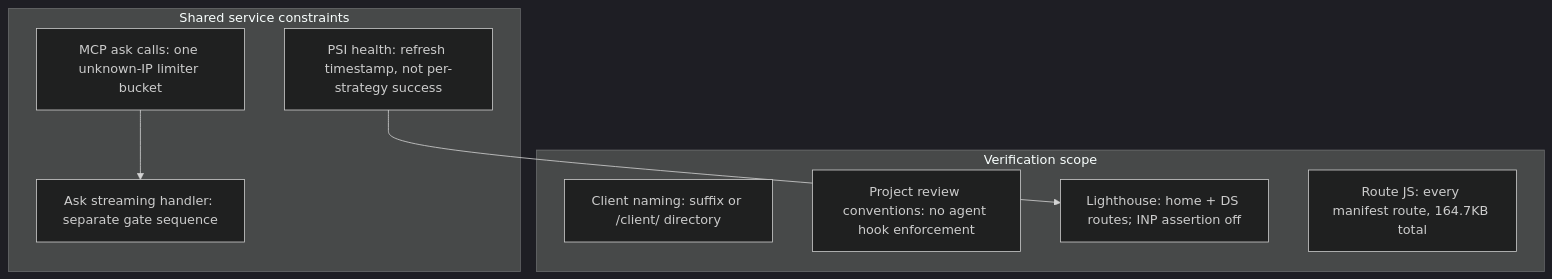
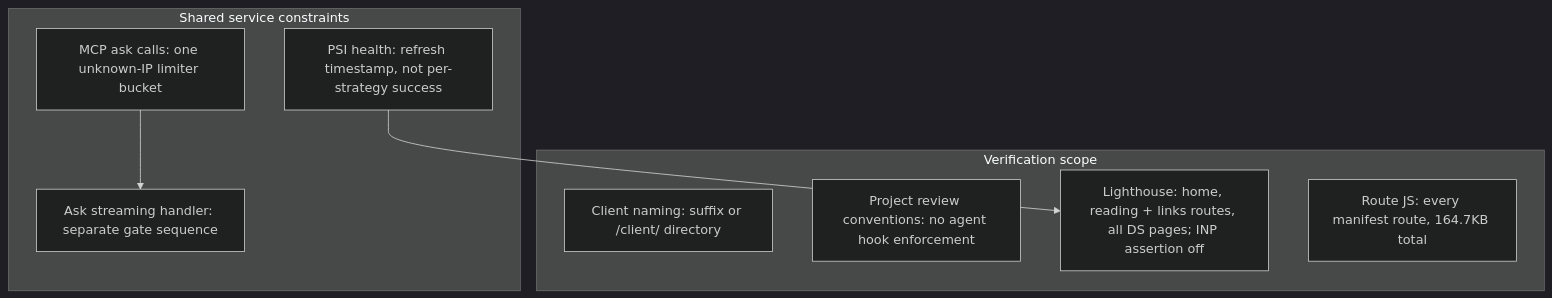
The diagram in docs/10-findings-and-debt.md (erikunha/portfolio), drawn with Mermaid (dark theme) before and after one commit. The commit also changed other lines of this file and 26 other files, not shown here.

First line of the commit message:
docs(sync): re-sync docs and mermaid diagrams to the redesigned chrome

````diff
--- a/docs/10-findings-and-debt.md
+++ b/docs/10-findings-and-debt.md
@@ -39,16 +39,16 @@
 ```mermaid
 flowchart TD
     subgraph shared["Shared service constraints"]
         mcp["MCP ask calls: one unknown-IP limiter bucket"]
         ask["Ask streaming handler: separate gate sequence"]
         psi["PSI health: refresh timestamp, not per-strategy success"]
     end
     subgraph coverage["Verification scope"]
         naming["Client naming: suffix or /client/ directory"]
         hooks["Project review conventions: no agent hook enforcement"]
-        perf["Lighthouse: home + DS routes; INP assertion off"]
+        perf["Lighthouse: home, reading + links routes, all DS pages; INP assertion off"]
         js["Route JS: every manifest route, 164.7KB total"]
     end
     mcp --> ask
     psi --> perf
 ```
````
